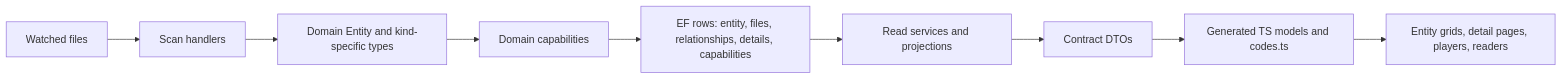
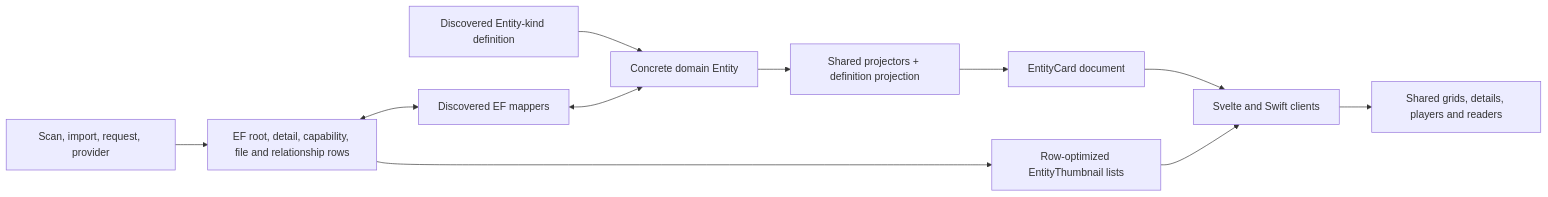
Before and after one commit to pauljoda/Prismedia: the seventh of 12 diagrams in documentation-site/docs/developers/codebase-flow.md, drawn with Mermaid. The commit also changed other lines of this file and 5 other files, not shown here.

Commit message:
docs: map entity definitions and data flow

````diff
--- a/documentation-site/docs/developers/codebase-flow.md
+++ b/documentation-site/docs/developers/codebase-flow.md
@@ -227,11 +230,13 @@
 ```mermaid
 flowchart LR
-  FileSystem["Watched files"] --> Scan["Scan handlers"]
-  Scan --> DomainEntity["Domain Entity and kind-specific types"]
-  DomainEntity --> Capabilities["Domain capabilities"]
-  Capabilities --> Rows["EF rows: entity, files, relationships, details, capabilities"]
-  Rows --> ReadServices["Read services and projections"]
-  ReadServices --> Contracts["Contract DTOs"]
-  Contracts --> Generated["Generated TS models and codes.ts"]
-  Generated --> UI["Entity grids, detail pages, players, readers"]
+  Definition["Discovered Entity-kind definition"] --> DomainEntity["Concrete domain Entity"]
+  FileSystem["Scan, import, request, provider"] --> Rows["EF root, detail, capability, file and relationship rows"]
+  Rows <--> Mappers["Discovered EF mappers"]
+  Mappers <--> DomainEntity
+  DomainEntity --> Projection["Shared projectors + definition projection"]
+  Projection --> Contracts["EntityCard document"]
+  Rows --> Thumbnails["Row-optimized EntityThumbnail lists"]
+  Contracts --> Clients["Svelte and Swift clients"]
+  Thumbnails --> Clients
+  Clients --> UI["Shared grids, details, players and readers"]
 ```
````
